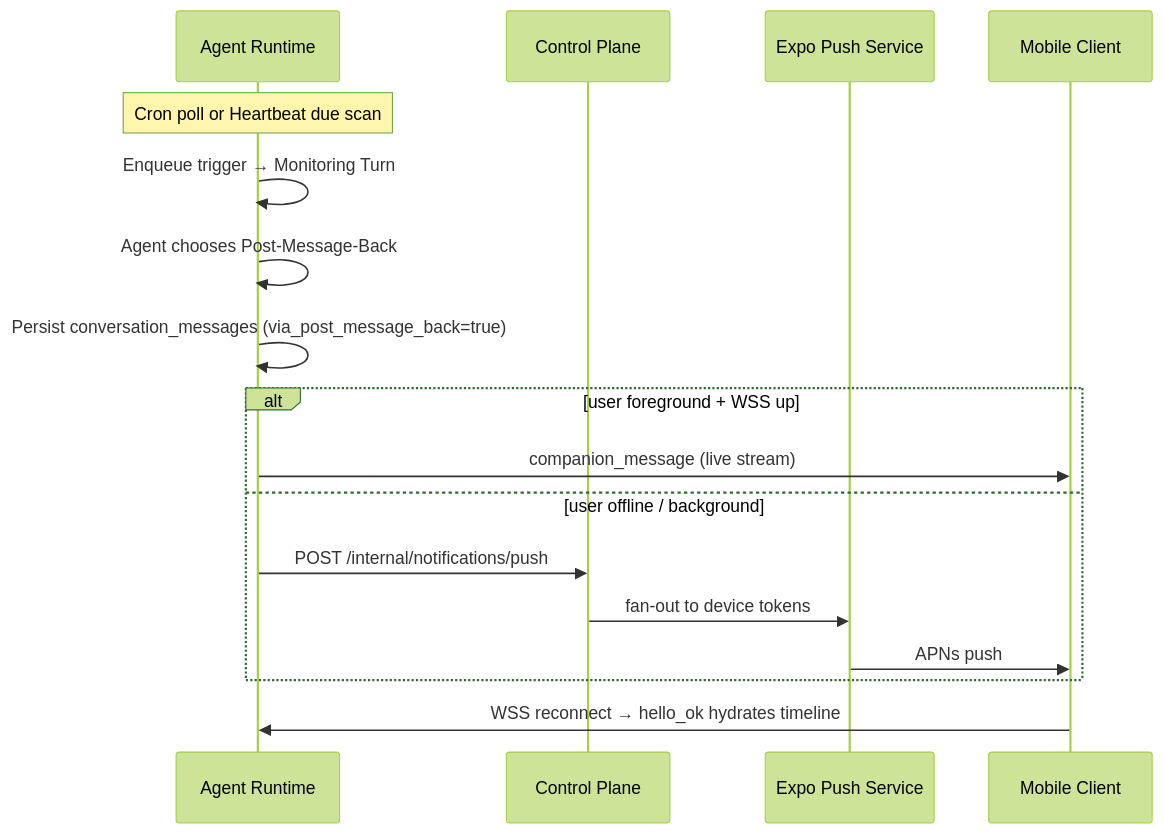
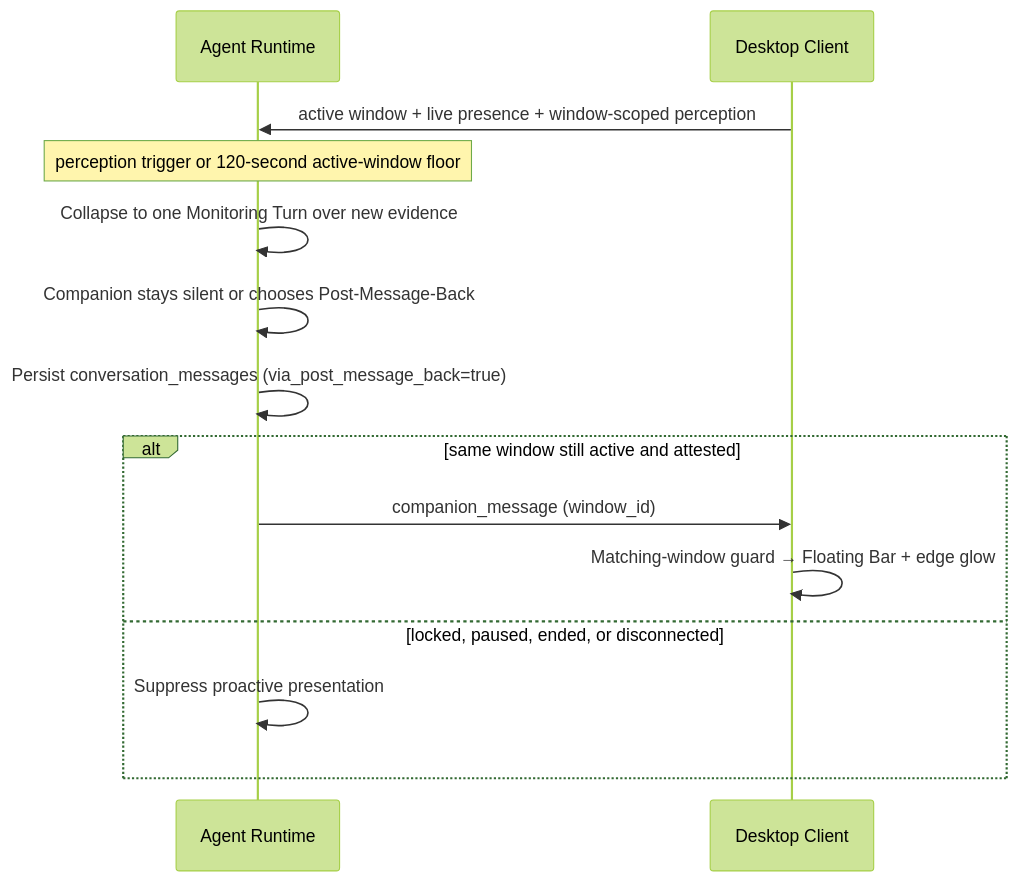
One commit to sruj75/Intentive changed the third of 3 diagrams in docs/USER-JOURNEY.md. Above: the diagram before and after it, drawn with Mermaid (forest theme). The commit also changed other lines of this file and 247 other files, not shown here.

First line of the commit message:
feat: ship the Desktop Coaching Window as the v1 product boundary (#166)

````diff
--- a/docs/USER-JOURNEY.md
+++ b/docs/USER-JOURNEY.md
@@ -316,20 +337,17 @@
 ```mermaid
 sequenceDiagram
   participant RT as Agent Runtime
-  participant CP as Control Plane
-  participant Expo as Expo Push Service
-  participant M as Mobile Client
+  participant D as Desktop Client
 
-  Note over RT: Cron poll or Heartbeat due scan
-  RT->>RT: Enqueue trigger → Monitoring Turn
-  RT->>RT: Agent chooses Post-Message-Back
+  D->>RT: active window + live presence + window-scoped perception
+  Note over RT: perception trigger or 120-second active-window floor
+  RT->>RT: Collapse to one Monitoring Turn over new evidence
+  RT->>RT: Companion stays silent or chooses Post-Message-Back
   RT->>RT: Persist conversation_messages (via_post_message_back=true)
-  alt user foreground + WSS up
-    RT->>M: companion_message (live stream)
-  else user offline / background
-    RT->>CP: POST /internal/notifications/push
-    CP->>Expo: fan-out to device tokens
-    Expo->>M: APNs push
+  alt same window still active and attested
+    RT->>D: companion_message (window_id)
+    D->>D: Matching-window guard → Floating Bar + edge glow
+  else locked, paused, ended, or disconnected
+    RT->>RT: Suppress proactive presentation
   end
-  M->>RT: WSS reconnect → hello_ok hydrates timeline
 ```
````
